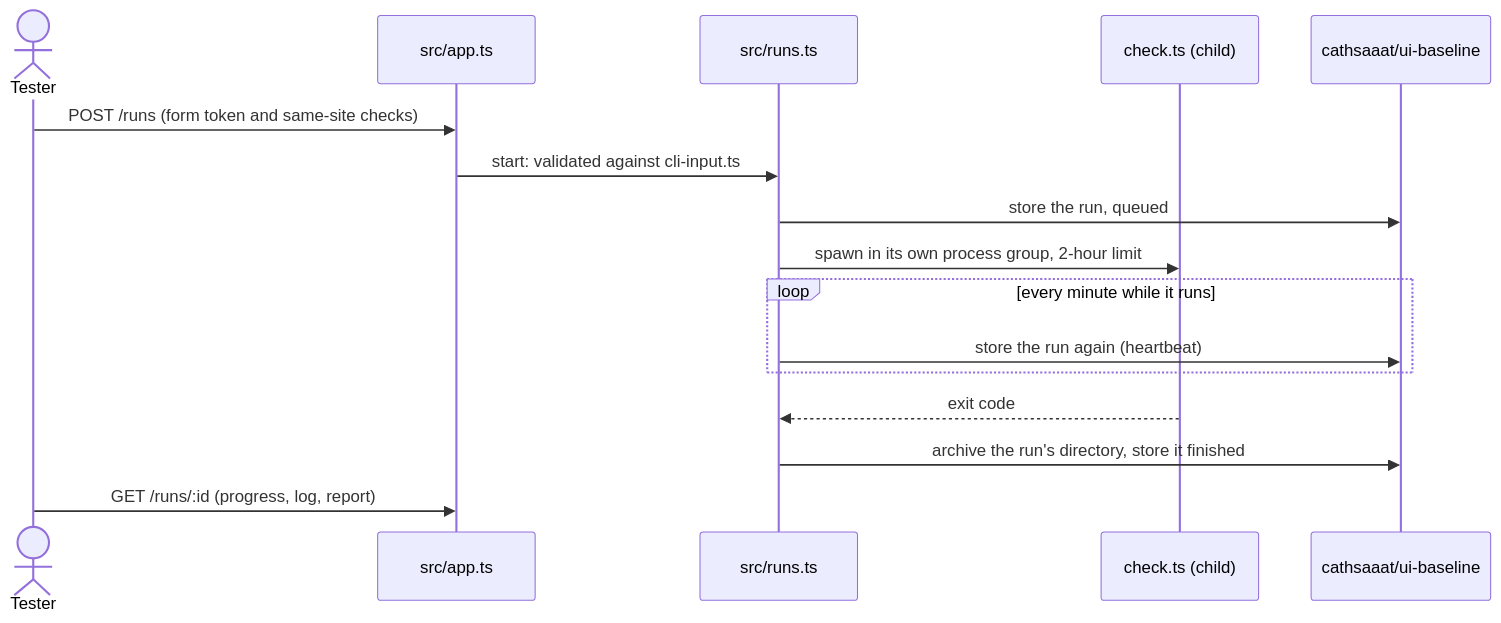
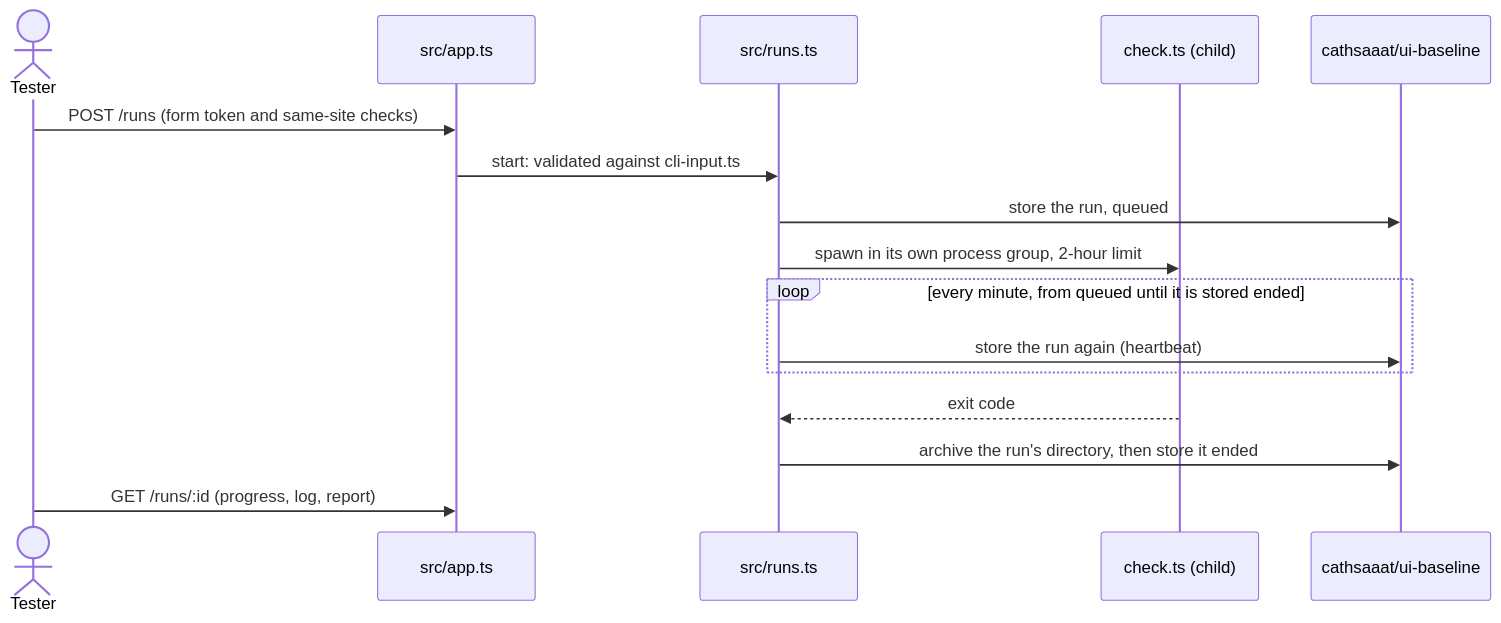
Before and after one commit to hmcts/cath-service: the seventh of 8 diagrams in apps/ui-baseline/ARCHITECTURE.md, drawn with Mermaid. The commit also changed other lines of this file and 12 other files, not shown here.

First line of the commit message:
fix(691): keep AAT clean after a failed cleanup, and keep queued runs alive across redeploys

````diff
--- a/apps/ui-baseline/ARCHITECTURE.md
+++ b/apps/ui-baseline/ARCHITECTURE.md
@@ -185,19 +186,19 @@
 ```mermaid
 sequenceDiagram
   actor T as Tester
   participant A as src/app.ts
   participant R as src/runs.ts
   participant X as check.ts (child)
   participant B as cathsaaat/ui-baseline
 
   T->>A: POST /runs (form token and same-site checks)
   A->>R: start: validated against cli-input.ts
   R->>B: store the run, queued
   R->>X: spawn in its own process group, 2-hour limit
-  loop every minute while it runs
+  loop every minute, from queued until it is stored ended
     R->>B: store the run again (heartbeat)
   end
   X-->>R: exit code
-  R->>B: archive the run's directory, store it finished
+  R->>B: archive the run's directory, then store it ended
   T->>A: GET /runs/:id (progress, log, report)
 ```
````
